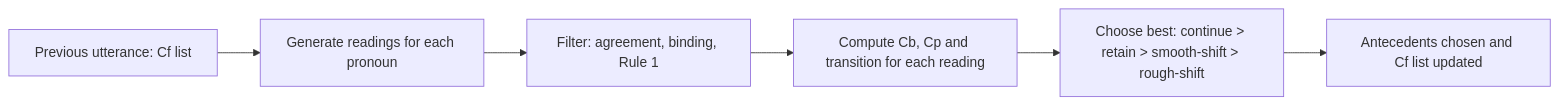
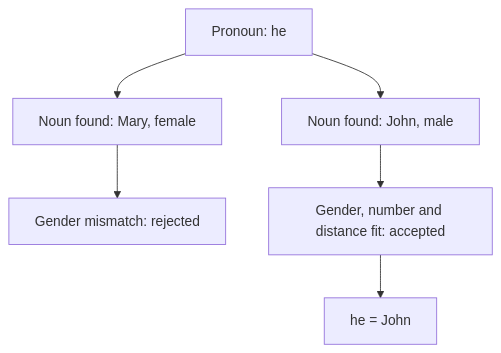
The fourth of 4 diagrams in content/natural-language-processing/notes/anaphora-resolution.mdx (TrendySloth1001/sem-seven-notes), drawn with Mermaid before and after one commit. The commit also changed other lines of this file and 406 other files, not shown here.

````diff
--- a/content/natural-language-processing/notes/anaphora-resolution.mdx
+++ b/content/natural-language-processing/notes/anaphora-resolution.mdx
@@ -382,9 +157,9 @@
 ```mermaid
-%% caption: Centering-based resolution (BFP). Candidates are generated, impossible ones removed, and the survivor with the most coherent transition wins.
-flowchart LR
-  A["Previous utterance: Cf list"] --> B["Generate readings for each pronoun"]
-  B --> C["Filter: agreement, binding, Rule 1"]
-  C --> D["Compute Cb, Cp and transition for each reading"]
-  D --> E["Choose best: continue > retain > smooth-shift > rough-shift"]
-  E --> F["Antecedents chosen and Cf list updated"]
+%% caption: The Hobbs example. The nouns above the pronoun are collected and the gender constraint removes Mary.
+flowchart TD
+  P["Pronoun: he"] --> N1["Noun found: Mary, female"]
+  P --> N2["Noun found: John, male"]
+  N1 --> X["Gender mismatch: rejected"]
+  N2 --> Y["Gender, number and distance fit: accepted"]
+  Y --> R["he = John"]
 ```
````
